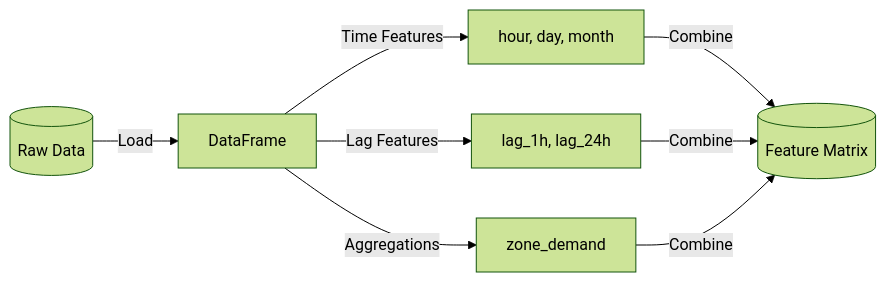
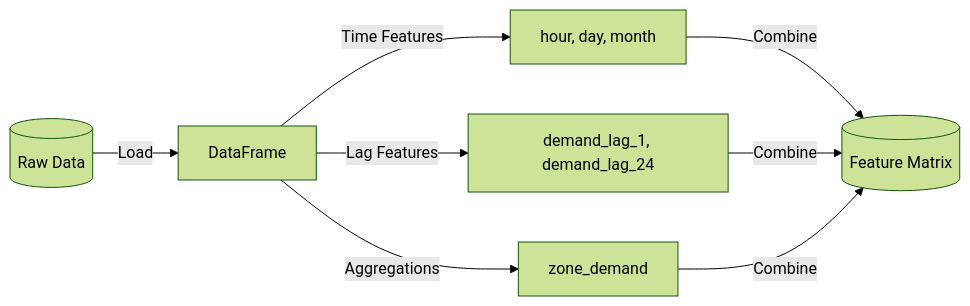
Before and after one commit to Ashraf0001/Data-Driven-Fleet-Cascade: the third of 7 diagrams in docs/architecture/data-flow.md, drawn with Mermaid (forest theme). The commit also changed other lines of this file and 29 other files, not shown here.

````diff
--- a/docs/architecture/data-flow.md
+++ b/docs/architecture/data-flow.md
@@ -108,8 +108,8 @@
 ```mermaid
 graph LR
     A[(Raw Data)] -->|Load| B[DataFrame]
     B -->|Time Features| C[hour, day, month]
-    B -->|Lag Features| D[lag_1h, lag_24h]
+    B -->|Lag Features| D[demand_lag_1, demand_lag_24]
     B -->|Aggregations| E[zone_demand]
     C & D & E -->|Combine| F[(Feature Matrix)]
 ```
````
